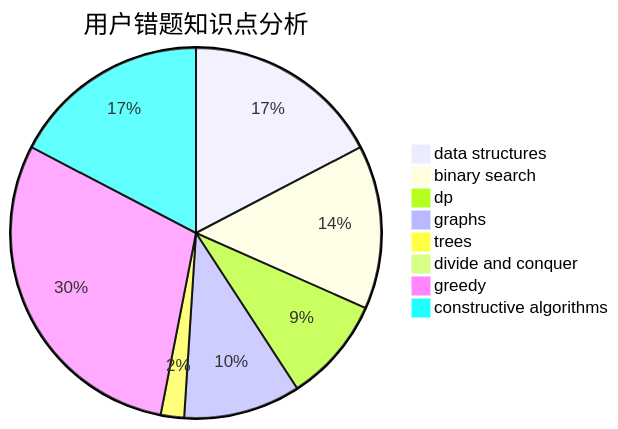
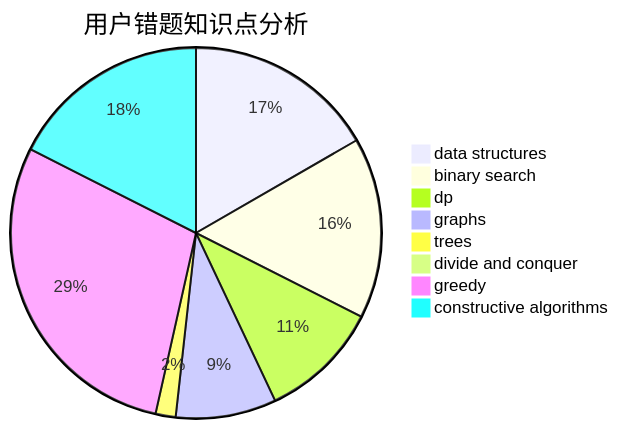
The third of 3 diagrams in docs/user/u41.md (sherpahu/cfrs.github.io), drawn with Mermaid before and after one commit. The commit also changed other lines of this file and 2770 other files, not shown here.

````diff
--- a/docs/user/u41.md
+++ b/docs/user/u41.md
@@ -36,11 +36,11 @@
 ```mermaid
 pie title 用户错题知识点分析
-    "data structures" :  17
-    "binary search" :  14
-    "dp" :  9
+    "data structures" :  19
+    "binary search" :  18
+    "dp" :  12
     "graphs" :  10
     "trees" :  2
     "divide and conquer" :  0
-    "greedy" :  29
-    "constructive algorithms" :  17
+    "greedy" :  33
+    "constructive algorithms" :  20
 ```
````
